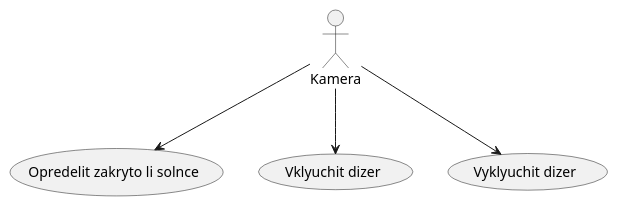
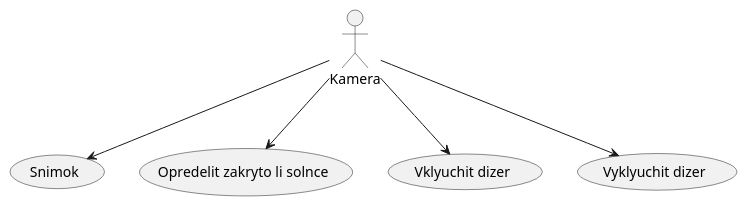
Before and after one commit to JoelJospell/MAI-AIT: the diagram in usecase.pu, drawn with PlantUML.

```diff
--- a/usecase.pu
+++ b/usecase.pu
@@ -1,5 +1,6 @@
 @startuml
+:Kamera: --> (Snimok)
 :Kamera: --> (Opredelit zakryto li solnce)
 :Kamera: --> (Vklyuchit dizer)
 :Kamera: --> (Vyklyuchit dizer)
 @enduml
```
